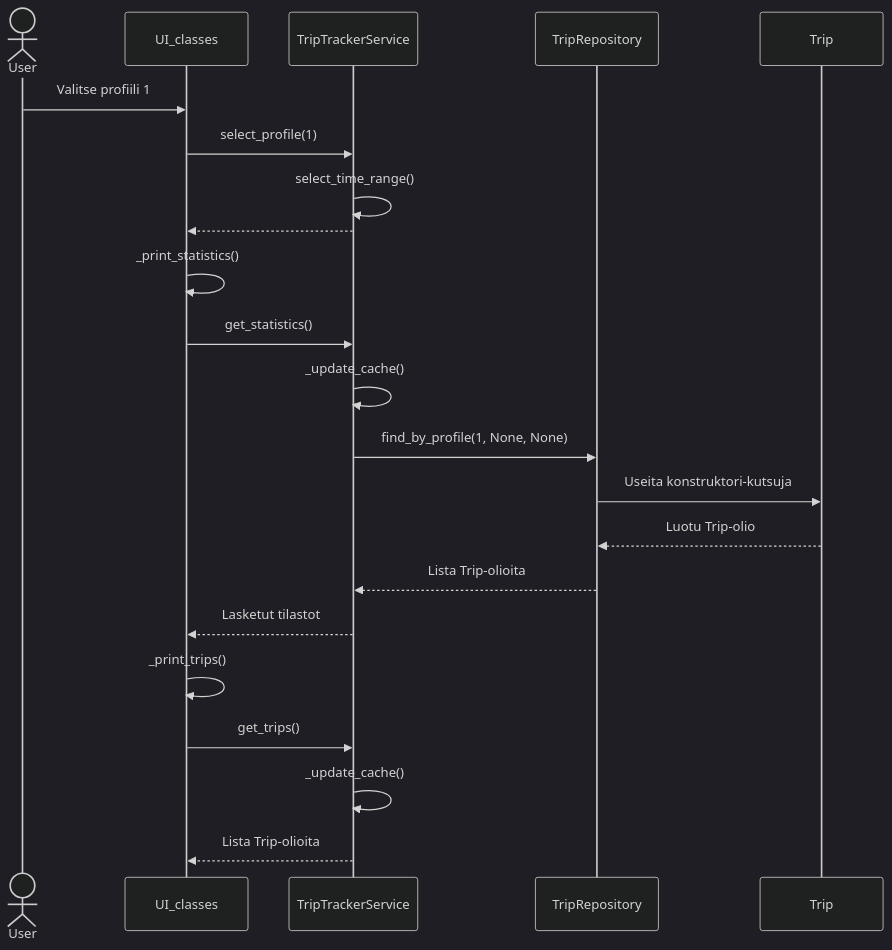
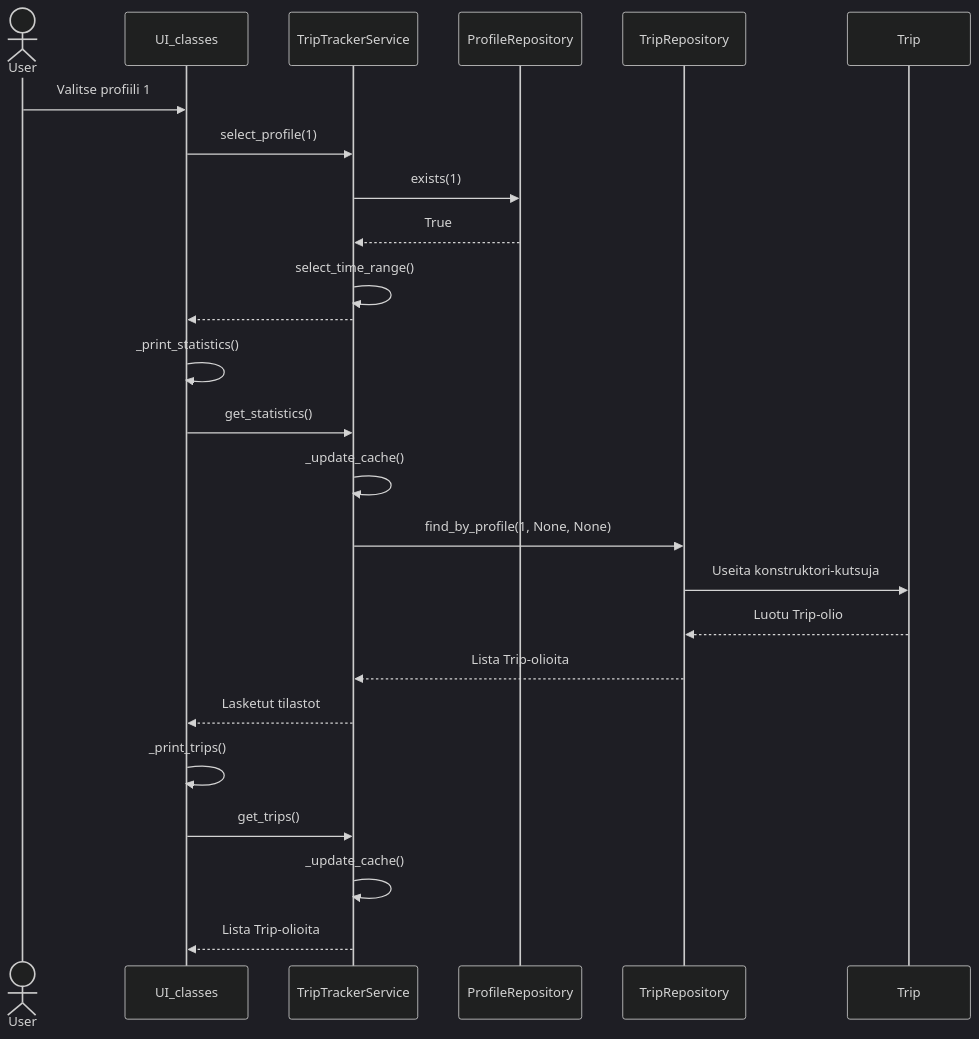
Before and after one commit to ArcticCoder/trip-tracker: the second of 3 diagrams in dokumentaatio/arkkitehtuuri.md, drawn with Mermaid (dark theme). The commit also changed 4 other files, not shown here.

````diff
--- a/dokumentaatio/arkkitehtuuri.md
+++ b/dokumentaatio/arkkitehtuuri.md
@@ -46,22 +46,24 @@
 ```mermaid
  sequenceDiagram
  
  actor User
  User ->> UI_classes : Valitse profiili 1
  
  UI_classes ->> TripTrackerService : select_profile(1)
+ TripTrackerService ->> ProfileRepository: exists(1)
+ ProfileRepository -->> TripTrackerService : True
  TripTrackerService ->> TripTrackerService : select_time_range()
  TripTrackerService -->> UI_classes : 
  UI_classes ->> UI_classes : _print_statistics()
  UI_classes ->> TripTrackerService : get_statistics()
  TripTrackerService ->> TripTrackerService : _update_cache()
  TripTrackerService ->> TripRepository : find_by_profile(1, None, None)
  TripRepository ->> Trip : Useita konstruktori-kutsuja
  Trip -->> TripRepository : Luotu Trip-olio
  TripRepository -->> TripTrackerService : Lista Trip-olioita
  TripTrackerService -->> UI_classes : Lasketut tilastot
  UI_classes ->> UI_classes : _print_trips()
  UI_classes ->> TripTrackerService : get_trips()
  TripTrackerService ->> TripTrackerService : _update_cache()
  TripTrackerService -->> UI_classes : Lista Trip-olioita
 ```
````
